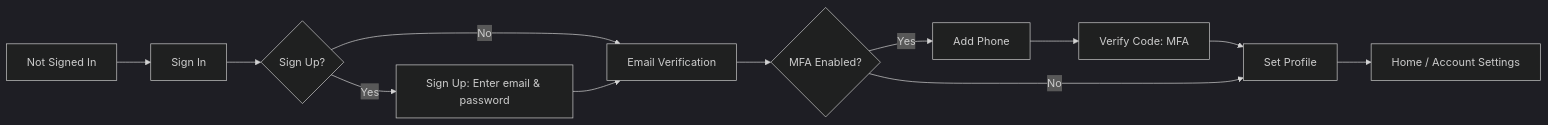
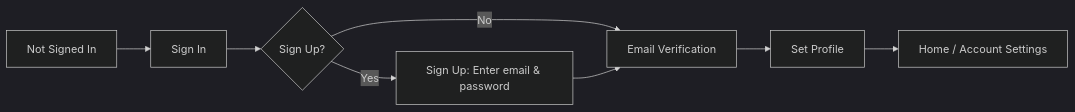
The diagram in docs/guides/auth-flow.md (True-VFX/TrueVAULT-Documentation), drawn with Mermaid (dark theme) before and after one commit. The commit also changed other lines of this file and 24 other files, not shown here.

````diff
--- a/docs/guides/auth-flow.md
+++ b/docs/guides/auth-flow.md
@@ -26,14 +25,10 @@
 ```mermaid
 flowchart LR
     A[Not Signed In] --> B[Sign In]
     B --> C{Sign Up?}
     C -->|Yes| D[Sign Up: Enter email & password]
     C -->|No| E[Email Verification]
     D --> E[Email Verification]
-    E --> F{MFA Enabled?}
-    F -->|Yes| G[Add Phone]
-    G --> H[Verify Code: MFA]
-    H --> I[Set Profile]
-    F -->|No| I[Set Profile]
-    I --> J[Home / Account Settings]
+    E --> F[Set Profile]
+    F --> G[Home / Account Settings]
 ```
````
